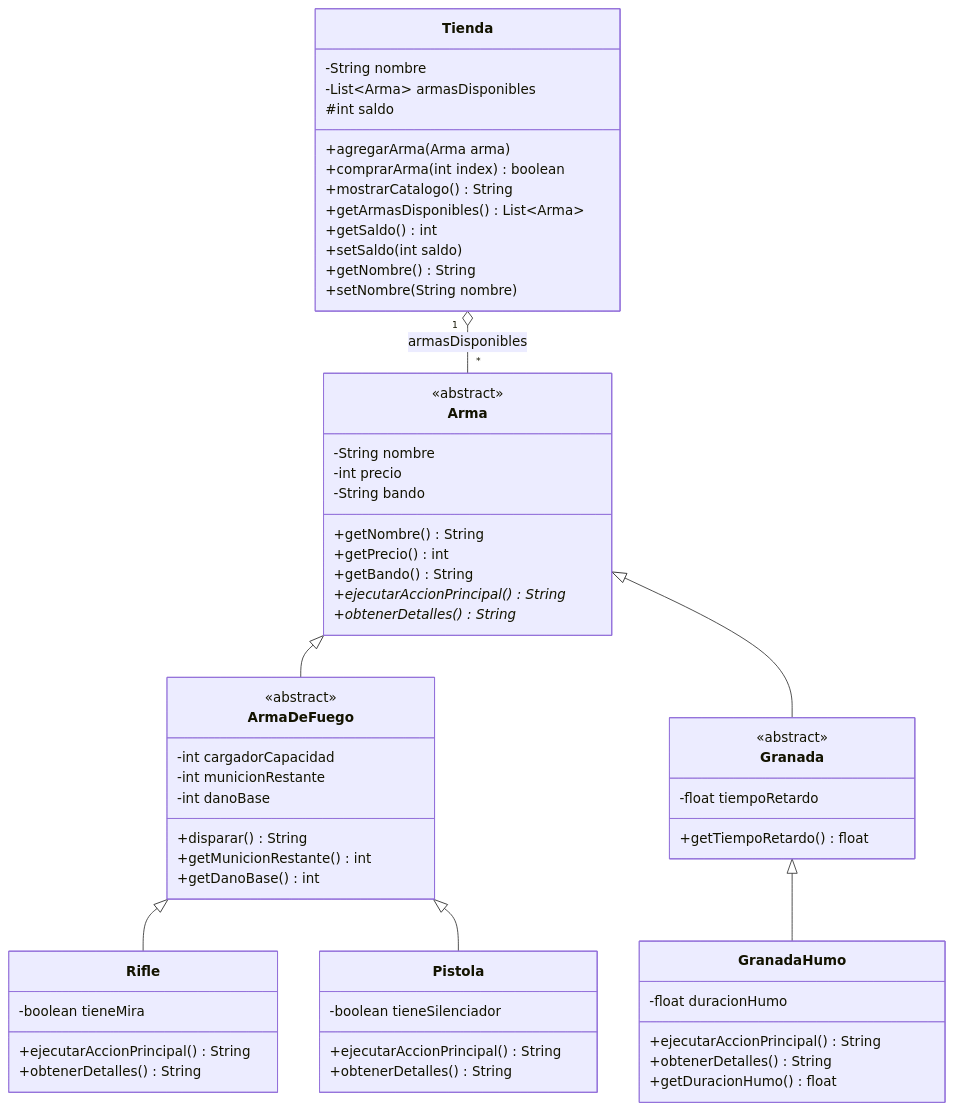
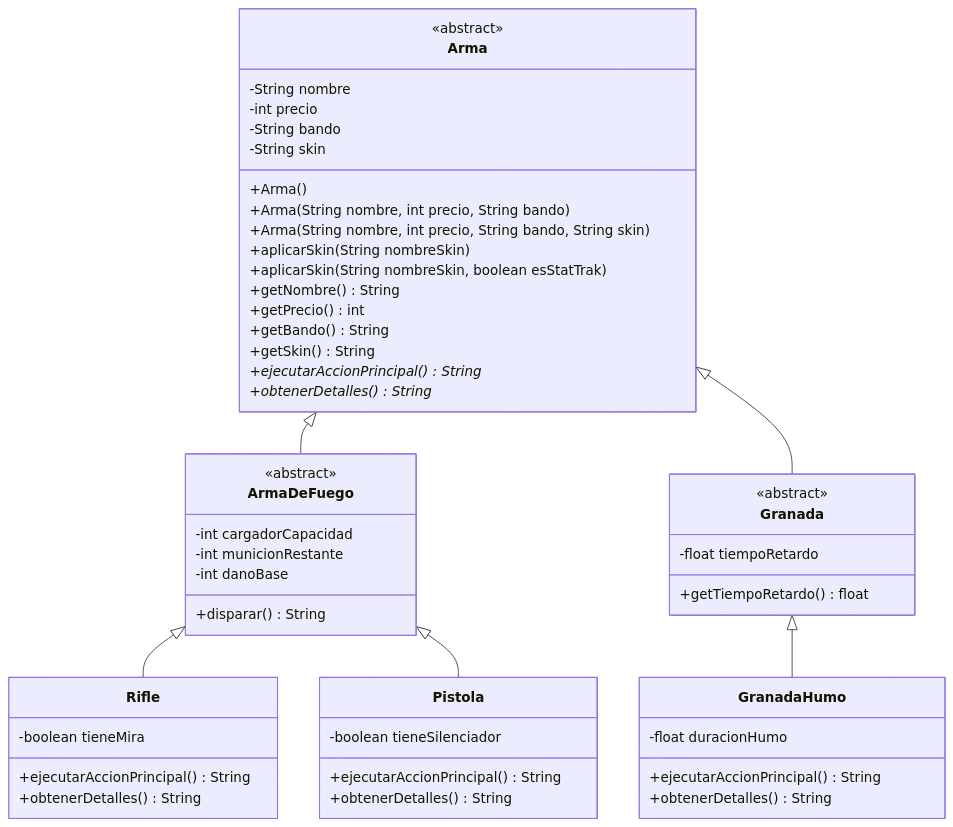
Before and after one commit to ferue/agaona-taller-git-2026: the diagram in README.md, drawn with Mermaid. The commit also changed other lines of this file and 2 other files, not shown here.

````diff
--- a/README.md
+++ b/README.md
@@ -141,77 +120,59 @@
 ```mermaid
 classDiagram
-    %% Superclase Abstracta General
     class Arma {
         <<abstract>>
         -String nombre
         -int precio
         -String bando
+        -String skin
+        +Arma()
+        +Arma(String nombre, int precio, String bando)
+        +Arma(String nombre, int precio, String bando, String skin)
+        +aplicarSkin(String nombreSkin)
+        +aplicarSkin(String nombreSkin, boolean esStatTrak)
         +getNombre() String
         +getPrecio() int
         +getBando() String
+        +getSkin() String
         +ejecutarAccionPrincipal()* String
         +obtenerDetalles()* String
     }
 
-    %% Subclases Abstractas Intermedias
     class ArmaDeFuego {
         <<abstract>>
         -int cargadorCapacidad
         -int municionRestante
         -int danoBase
         +disparar() String
-        +getMunicionRestante() int
-        +getDanoBase() int
     }
 
     class Granada {
         <<abstract>>
         -float tiempoRetardo
         +getTiempoRetardo() float
     }
 
-    %% Clases Concretas
     class Rifle {
         -boolean tieneMira
         +ejecutarAccionPrincipal() String
         +obtenerDetalles() String
     }
 
     class Pistola {
         -boolean tieneSilenciador
         +ejecutarAccionPrincipal() String
         +obtenerDetalles() String
     }
 
     class GranadaHumo {
         -float duracionHumo
         +ejecutarAccionPrincipal() String
         +obtenerDetalles() String
-        +getDuracionHumo() float
     }
 
-    %% Contenedor de Inventario / Dominio
-    class Tienda {
-        -String nombre
-        -List~Arma~ armasDisponibles
-        #int saldo
-        +agregarArma(Arma arma)
-        +comprarArma(int index) boolean
-        +mostrarCatalogo() String
-        +getArmasDisponibles() List~Arma~
-        +getSaldo() int
-        +setSaldo(int saldo)
-        +getNombre() String
-        +setNombre(String nombre)
-    }
-
-    %% Relaciones de Herencia
     Arma <|-- ArmaDeFuego
     Arma <|-- Granada
     ArmaDeFuego <|-- Rifle
     ArmaDeFuego <|-- Pistola
     Granada <|-- GranadaHumo
-
-    %% Relación de Asociación / Agregación
-    Tienda "1" o-- "*" Arma : armasDisponibles
 ```
````
